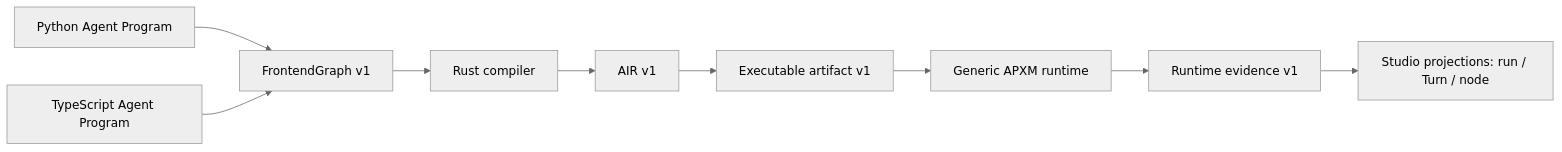
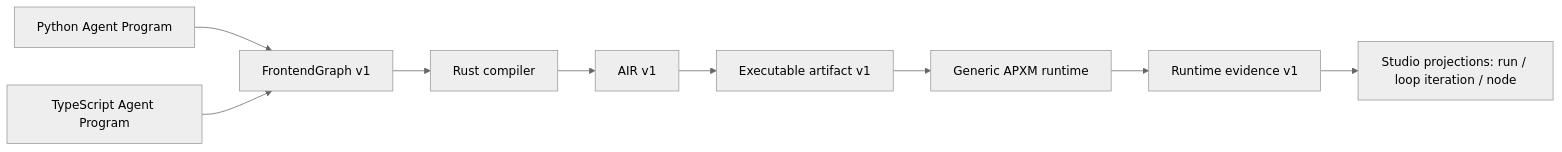
One commit to apxm-project/agents changed the diagram in docs/README.md. Above: the diagram before and after it, drawn with Mermaid (neutral theme). The commit also changed other lines of this file and 180 other files, not shown here.

````diff
--- a/docs/README.md
+++ b/docs/README.md
@@ -16,11 +16,11 @@
 ```mermaid
 flowchart LR
     PY["Python Agent Program"] --> FG["FrontendGraph v1"]
     TS["TypeScript Agent Program"] --> FG
     FG --> C["Rust compiler"]
     C --> AIR["AIR v1"]
     AIR --> A["Executable artifact v1"]
     A --> R["Generic APXM runtime"]
     R --> E["Runtime evidence v1"]
-    E --> S["Studio projections: run / Turn / node"]
+    E --> S["Studio projections: run / loop iteration / node"]
 ```
````
